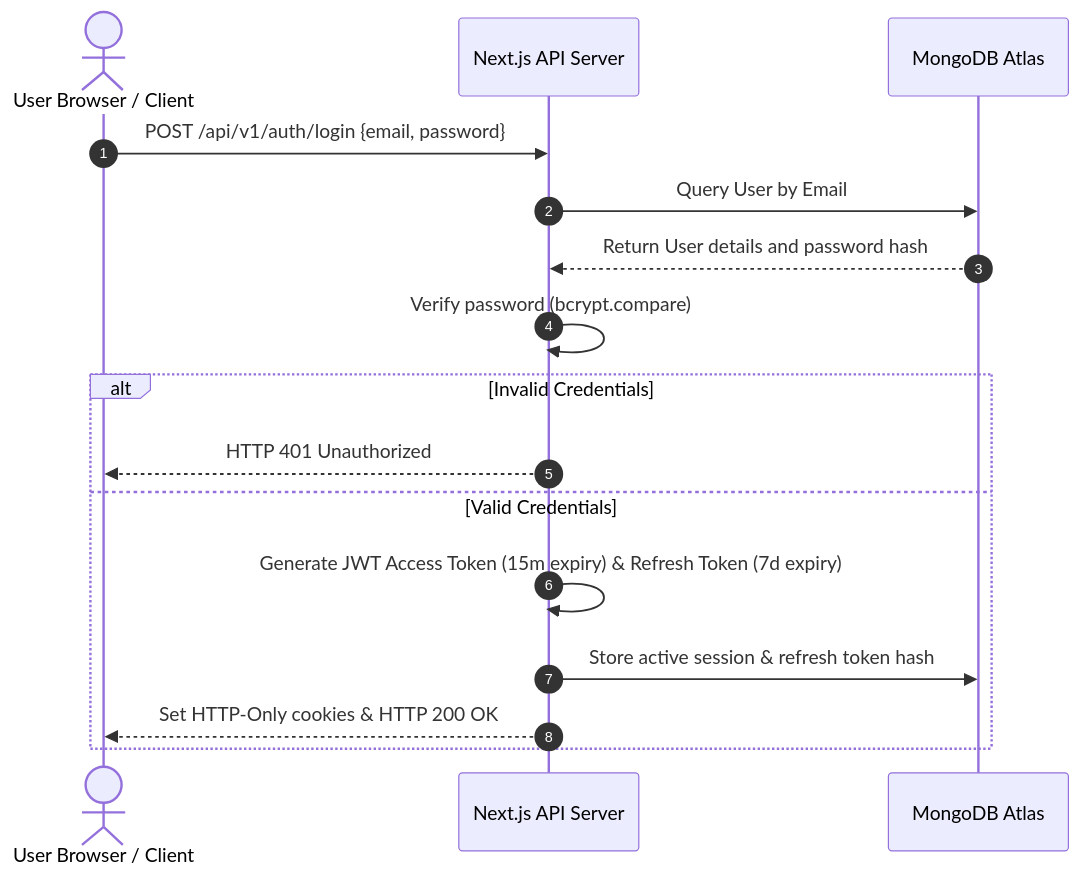
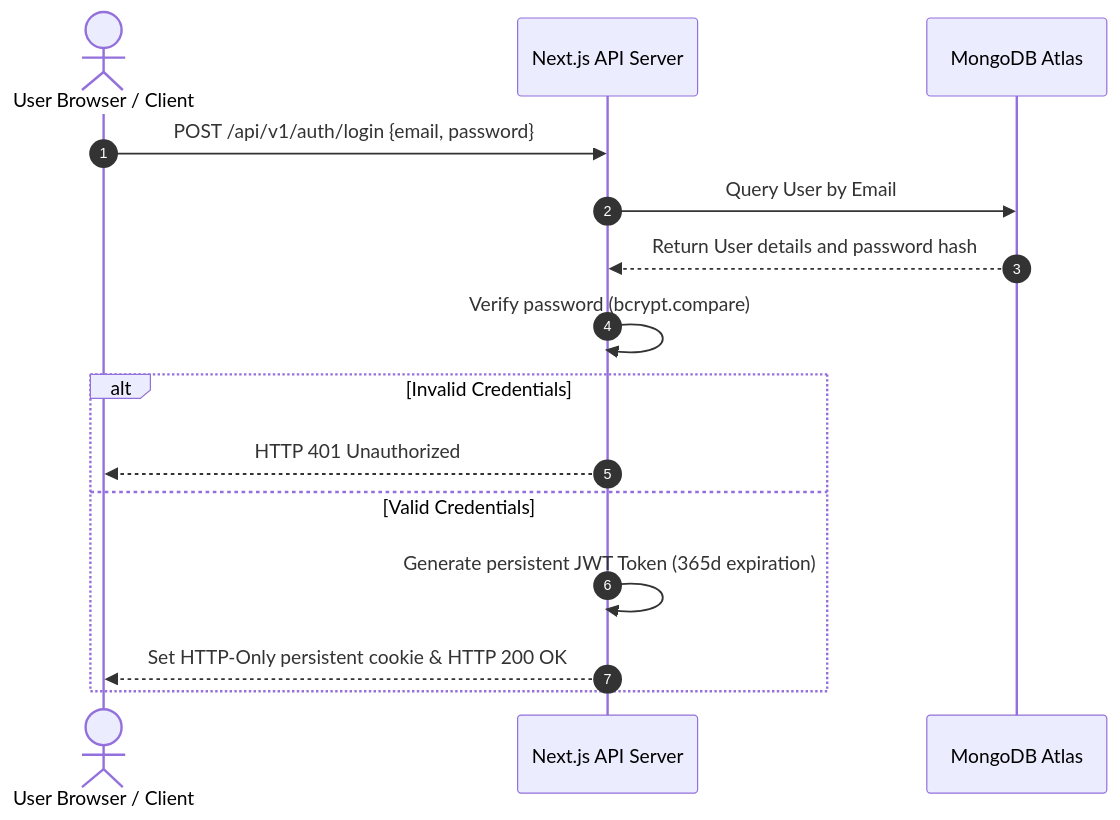
One commit to hossam785/Allurite changed the third of 5 diagrams in project-docs/TECH_ARCHITECTURE.md. Above: the diagram before and after it, drawn with Mermaid. The commit also changed 7 other files, not shown here.

Commit message:
feat: implement 365-day persistent user sessions and UI/UX design enhancements

````diff
--- a/project-docs/TECH_ARCHITECTURE.md
+++ b/project-docs/TECH_ARCHITECTURE.md
@@ -154,19 +154,18 @@
 ```mermaid
 sequenceDiagram
     autonumber
     actor User as User Browser / Client
     participant Server as Next.js API Server
     participant DB as MongoDB Atlas
 
     User->>Server: POST /api/v1/auth/login {email, password}
     Server->>DB: Query User by Email
     DB-->>Server: Return User details and password hash
     Server->>Server: Verify password (bcrypt.compare)
     alt Invalid Credentials
         Server-->>User: HTTP 401 Unauthorized
     else Valid Credentials
-        Server->>Server: Generate JWT Access Token (15m expiry) & Refresh Token (7d expiry)
-        Server->>DB: Store active session & refresh token hash
-        Server-->>User: Set HTTP-Only cookies & HTTP 200 OK
+        Server->>Server: Generate persistent JWT Token (365d expiration)
+        Server-->>User: Set HTTP-Only persistent cookie & HTTP 200 OK
     end
 ```
````
